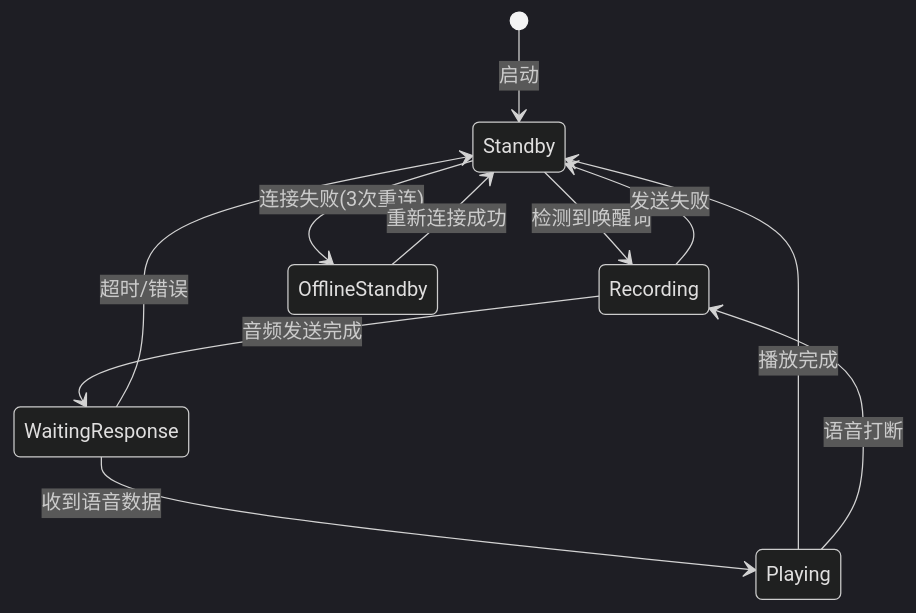
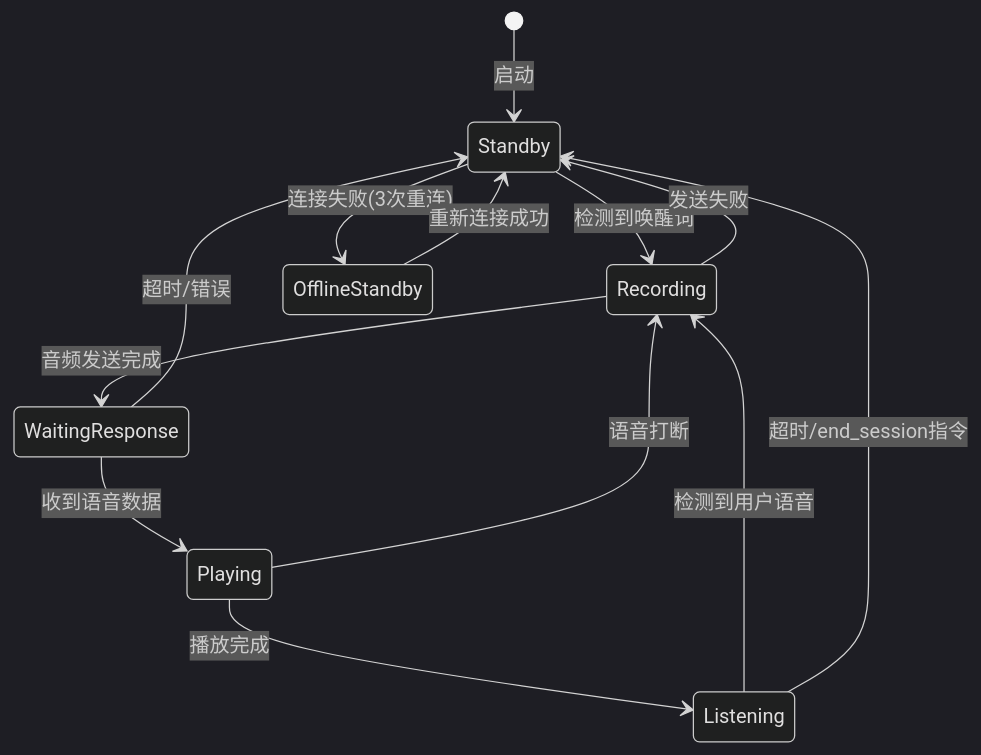
One commit to cotinyang/BerryBot changed the second of 2 diagrams in .kiro/specs/voice-assistant/design.md. Above: the diagram before and after it, drawn with Mermaid (dark theme). The commit also changed other lines of this file and 21 other files, not shown here.

````diff
--- a/.kiro/specs/voice-assistant/design.md
+++ b/.kiro/specs/voice-assistant/design.md
@@ -93,13 +103,15 @@
 ```mermaid
 stateDiagram-v2
     [*] --> Standby: 启动
     Standby --> Recording: 检测到唤醒词
     Recording --> WaitingResponse: 音频发送完成
     WaitingResponse --> Playing: 收到语音数据
-    Playing --> Standby: 播放完成
+    Playing --> Listening: 播放完成
     Playing --> Recording: 语音打断
+    Listening --> Recording: 检测到用户语音
+    Listening --> Standby: 超时/end_session指令
     Recording --> Standby: 发送失败
     WaitingResponse --> Standby: 超时/错误
     Standby --> OfflineStandby: 连接失败(3次重连)
     OfflineStandby --> Standby: 重新连接成功
 ```
````
